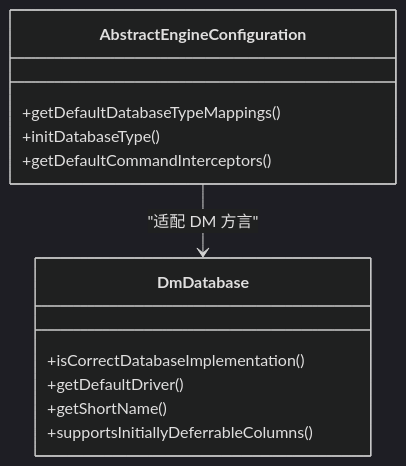
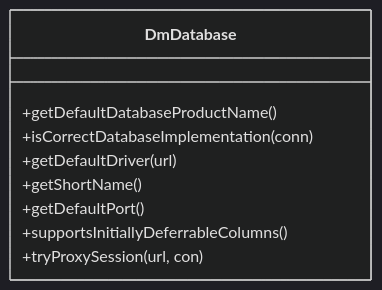
Before and after one commit to xiaoche80s-tech/rouyi-vue-pro: the fourth of 6 diagrams in .qoder/repowiki/zh/content/故障排查/数据库问题排查.md, drawn with Mermaid (dark theme). The commit also changed other lines of this file and 840 other files, not shown here.

````diff
--- a/.qoder/repowiki/zh/content/故障排查/数据库问题排查.md
+++ b/.qoder/repowiki/zh/content/故障排查/数据库问题排查.md
@@ -183,15 +146,12 @@
 ```mermaid
 classDiagram
-class AbstractEngineConfiguration {
-+getDefaultDatabaseTypeMappings()
-+initDatabaseType()
-+getDefaultCommandInterceptors()
+class DmDatabase {
++getDefaultDatabaseProductName()
++isCorrectDatabaseImplementation(conn)
++getDefaultDriver(url)
++getShortName()
++getDefaultPort()
++supportsInitiallyDeferrableColumns()
++tryProxySession(url, con)
 }
-class DmDatabase {
-+isCorrectDatabaseImplementation()
-+getDefaultDriver()
-+getShortName()
-+supportsInitiallyDeferrableColumns()
-}
-AbstractEngineConfiguration --> DmDatabase : "适配 DM 方言"
 ```
````
